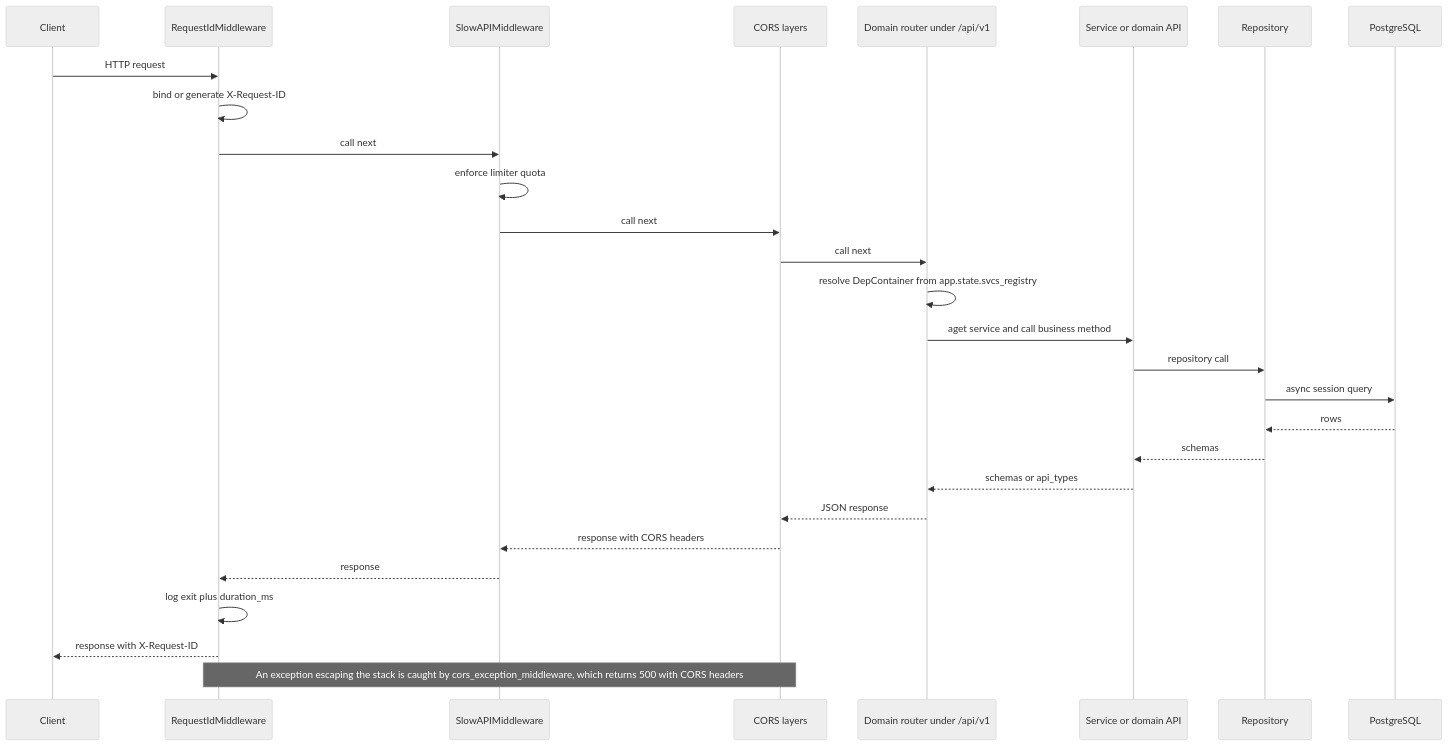
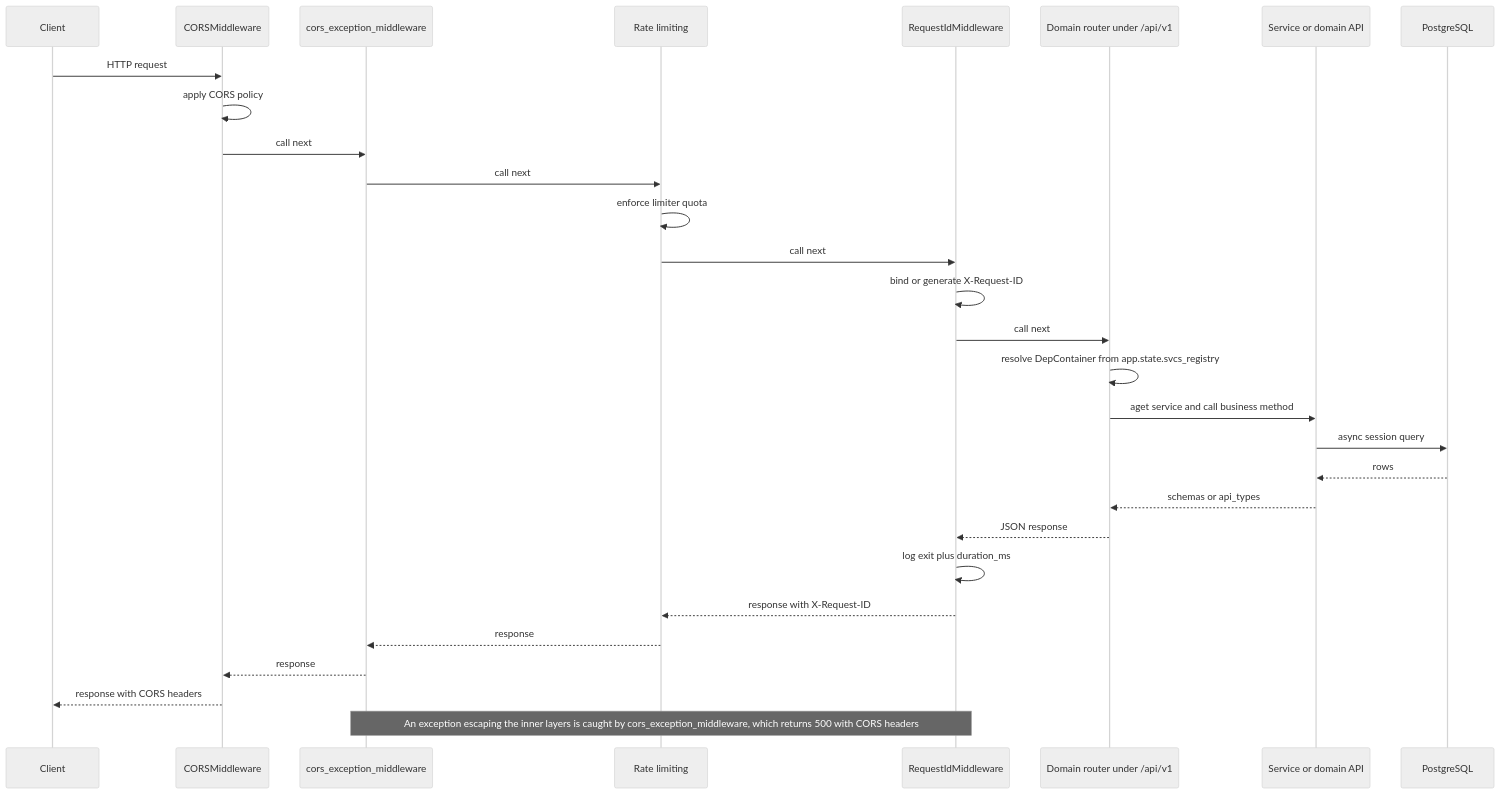
Before and after one commit to havekes/retail-portfolio: the second of 2 diagrams in openwiki/architecture/overview.md, drawn with Mermaid (neutral theme). The commit also changed other lines of this file and 28 other files, not shown here.

````diff
--- a/openwiki/architecture/overview.md
+++ b/openwiki/architecture/overview.md
@@ -205,32 +249,33 @@
 ```mermaid
 sequenceDiagram
     participant C as Client
+    participant Cors as CORSMiddleware
+    participant Ce as cors_exception_middleware
+    participant Rl as Rate limiting
     participant Rid as RequestIdMiddleware
-    participant Rl as SlowAPIMiddleware
-    participant Cors as CORS layers
     participant R as Domain router under /api/v1
     participant S as Service or domain API
-    participant Repo as Repository
     participant DB as PostgreSQL
 
-    C->>Rid: HTTP request
+    C->>Cors: HTTP request
+    Cors->>Cors: apply CORS policy
+    Cors->>Ce: call next
+    Ce->>Rl: call next
+    Rl->>Rl: enforce limiter quota
+    Rl->>Rid: call next
     Rid->>Rid: bind or generate X-Request-ID
-    Rid->>Rl: call next
-    Rl->>Rl: enforce limiter quota
-    Rl->>Cors: call next
-    Cors->>R: call next
+    Rid->>R: call next
     R->>R: resolve DepContainer from app.state.svcs_registry
     R->>S: aget service and call business method
-    S->>Repo: repository call
-    Repo->>DB: async session query
-    DB-->>Repo: rows
-    Repo-->>S: schemas
+    S->>DB: async session query
+    DB-->>S: rows
     S-->>R: schemas or api_types
-    R-->>Cors: JSON response
-    Cors-->>Rl: response with CORS headers
-    Rl-->>Rid: response
+    R-->>Rid: JSON response
     Rid->>Rid: log exit plus duration_ms
-    Rid-->>C: response with X-Request-ID
+    Rid-->>Rl: response with X-Request-ID
+    Rl-->>Ce: response
+    Ce-->>Cors: response
+    Cors-->>C: response with CORS headers
 
-    Note over Rid,Cors: An exception escaping the stack is caught by cors_exception_middleware, which returns 500 with CORS headers
+    Note over Ce,Rid: An exception escaping the inner layers is caught by cors_exception_middleware, which returns 500 with CORS headers
 ```
````
